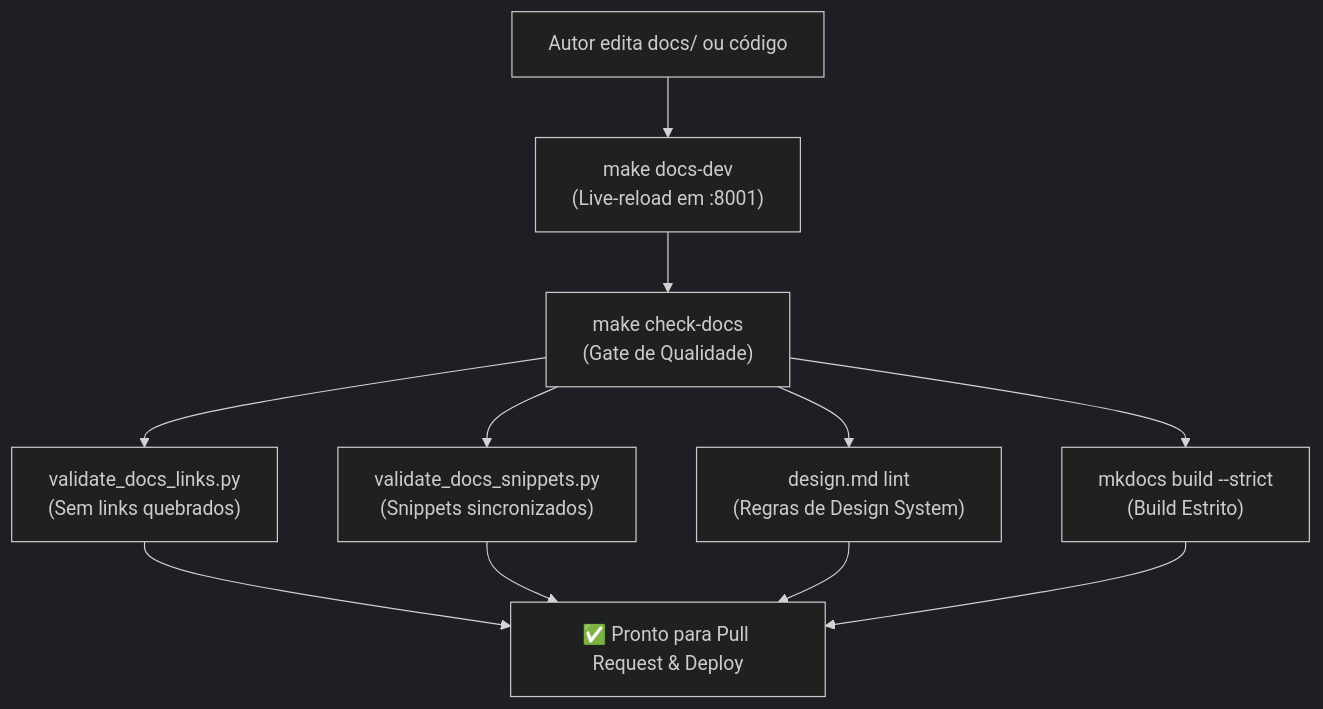
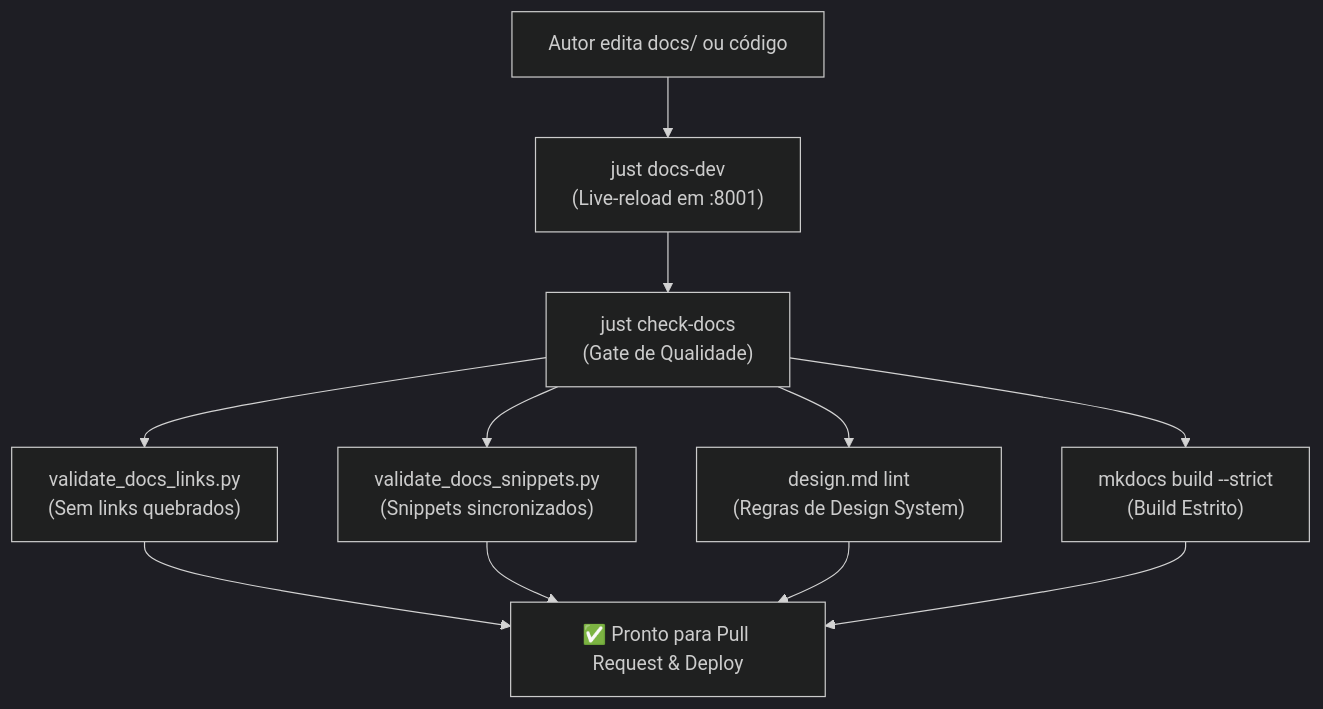
Before and after one commit to Rafaelp122/wedding_management: the diagram in docs/guides/documentation/index.md, drawn with Mermaid (dark theme). The commit also changed other lines of this file and 15 other files, not shown here.

````diff
--- a/docs/guides/documentation/index.md
+++ b/docs/guides/documentation/index.md
@@ -14,10 +14,10 @@
 ```mermaid
 graph TD
-    A["Autor edita docs/ ou código"] --> B["make docs-dev<br/>(Live-reload em :8001)"]
-    B --> C["make check-docs<br/>(Gate de Qualidade)"]
+    A["Autor edita docs/ ou código"] --> B["just docs-dev<br/>(Live-reload em :8001)"]
+    B --> C["just check-docs<br/>(Gate de Qualidade)"]
     C --> D1["validate_docs_links.py<br/>(Sem links quebrados)"]
     C --> D2["validate_docs_snippets.py<br/>(Snippets sincronizados)"]
     C --> D3["design.md lint<br/>(Regras de Design System)"]
     C --> D4["mkdocs build --strict<br/>(Build Estrito)"]
     D1 & D2 & D3 & D4 --> E["✅ Pronto para Pull Request & Deploy"]
 ```
````
